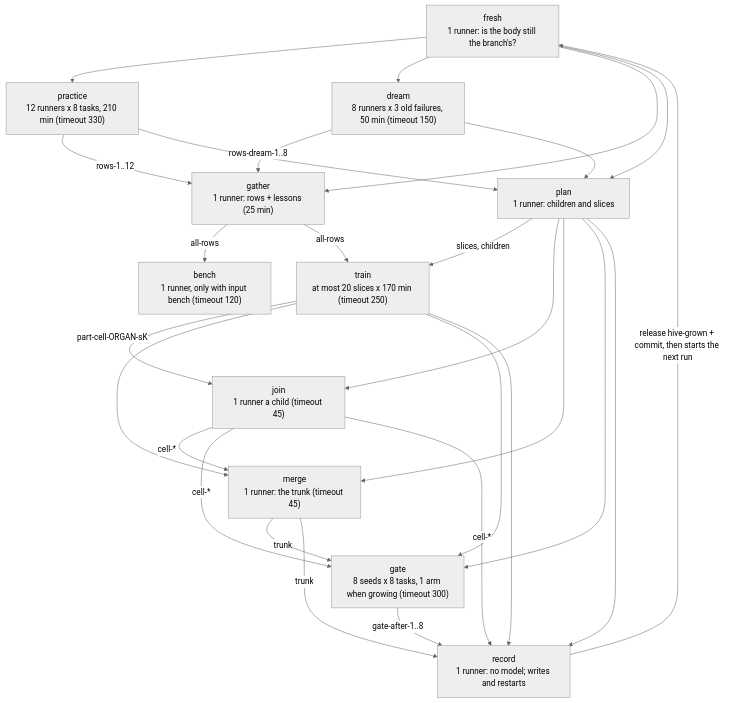
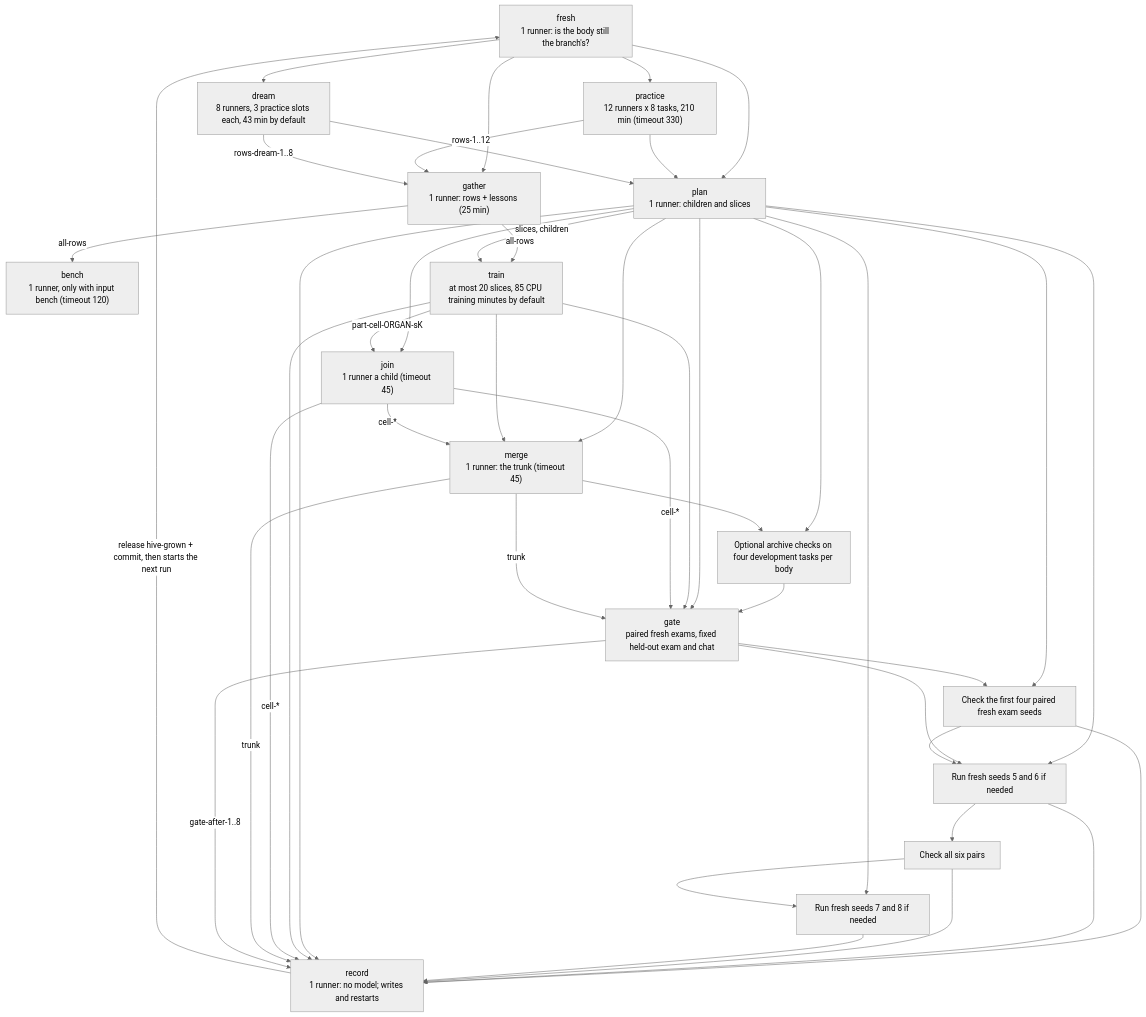
One commit to Arnav123-s/HiveMIND changed the diagram in docs/MAP.md. Above: the diagram before and after it, drawn with Mermaid (neutral theme). The commit also changed other lines of this file and 1 other file, not shown here.

Commit message:
Document optional gate stages and test the complete default exam matrix

````diff
--- a/docs/MAP.md
+++ b/docs/MAP.md
@@ -145,41 +145,61 @@
 ```mermaid
 graph TD
   fresh["fresh<br/>1 runner: is the body still the branch's?"]
   practice["practice<br/>12 runners x 8 tasks, 210 min (timeout 330)"]
-  dream["dream<br/>8 runners x 3 old failures, 50 min (timeout 150)"]
+  dream["dream<br/>8 runners, 3 practice slots each, 43 min by default"]
   gather["gather<br/>1 runner: rows + lessons (25 min)"]
   bench["bench<br/>1 runner, only with input bench (timeout 120)"]
   plan["plan<br/>1 runner: children and slices"]
-  train["train<br/>at most 20 slices x 170 min (timeout 250)"]
+  train["train<br/>at most 20 slices, 85 CPU training minutes by default"]
   join["join<br/>1 runner a child (timeout 45)"]
   merge["merge<br/>1 runner: the trunk (timeout 45)"]
-  gate["gate<br/>8 seeds x 8 tasks, 1 arm when growing (timeout 300)"]
+  archive_profiles["Optional archive checks on four development tasks per body"]
+  gate["gate<br/>paired fresh exams, fixed held-out exam and chat"]
+  gate_look4["Check the first four paired fresh exam seeds"]
+  gate_5_6["Run fresh seeds 5 and 6 if needed"]
+  gate_look6["Check all six pairs"]
+  gate_7_8["Run fresh seeds 7 and 8 if needed"]
   record["record<br/>1 runner: no model; writes and restarts"]
 
   fresh --> practice
   fresh --> dream
   fresh --> gather
   practice -- "rows-1..12" --> gather
   dream -- "rows-dream-1..8" --> gather
   gather -- "all-rows" --> bench
   fresh --> plan
   practice --> plan
   dream --> plan
   gather -- "all-rows" --> train
   plan -- "slices, children" --> train
   plan --> join
   train -- "part-cell-ORGAN-sK" --> join
   plan --> merge
   train --> merge
   join -- "cell-*" --> merge
+  plan --> archive_profiles
+  merge --> archive_profiles
+  archive_profiles --> gate
   plan --> gate
   train --> gate
   join -- "cell-*" --> gate
   merge -- "trunk" --> gate
+  plan --> gate_look4
+  gate --> gate_look4
+  plan --> gate_5_6
+  gate --> gate_5_6
+  gate_look4 --> gate_5_6
+  gate_5_6 --> gate_look6
+  plan --> gate_7_8
+  gate_look6 --> gate_7_8
+  gate_look4 --> record
+  gate_5_6 --> record
+  gate_look6 --> record
+  gate_7_8 --> record
   plan --> record
   train --> record
   join -- "cell-*" --> record
   merge -- "trunk" --> record
   gate -- "gate-after-1..8" --> record
   record -- "release hive-grown + commit, then starts the next run" --> fresh
 ```
````
